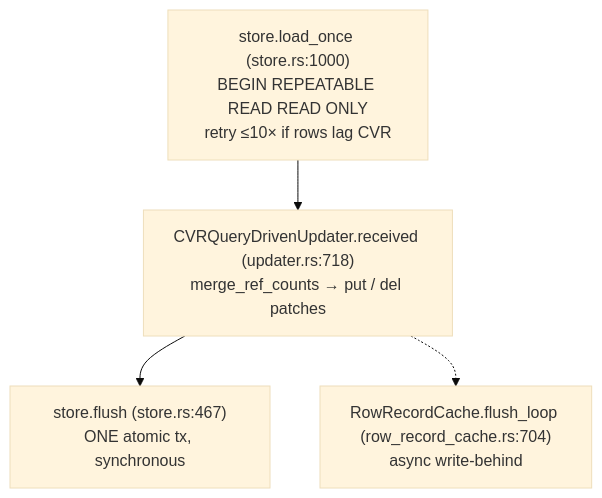
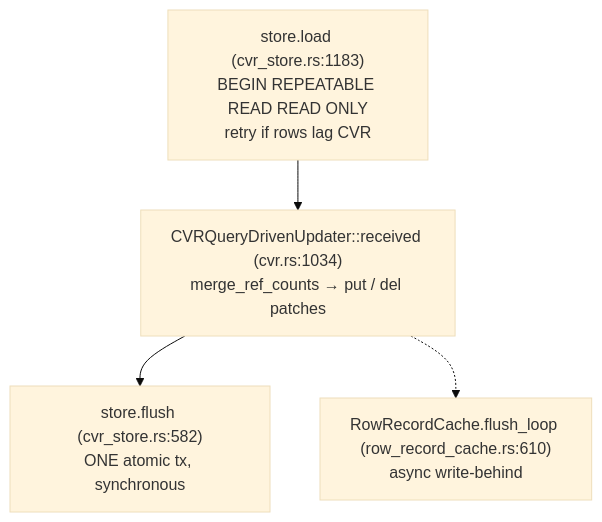
Before and after one commit to kartikparsoya-eng/mono-better: the tenth of 11 diagrams in RUST-SYNCER-ARCHITECTURE.md, drawn with Mermaid (base theme). The commit also changed other lines of this file and 9 other files, not shown here.

First line of the commit message:
docs(rust): authoritative syncer architecture guide + I-11, remove dead credit.rs

````diff
--- a/RUST-SYNCER-ARCHITECTURE.md
+++ b/RUST-SYNCER-ARCHITECTURE.md
@@ -423,9 +445,9 @@
 ```mermaid
 flowchart TB
-    L["store.load_once (store.rs:1000)<br/>BEGIN REPEATABLE READ READ ONLY<br/>retry ≤10× if rows lag CVR"]
-    U["CVRQueryDrivenUpdater.received (updater.rs:718)<br/>merge_ref_counts → put / del patches"]
-    F["store.flush (store.rs:467)<br/>ONE atomic tx, synchronous"]
-    RC["RowRecordCache.flush_loop (row_record_cache.rs:704)<br/>async write-behind"]
+    L["store.load (cvr_store.rs:1183)<br/>BEGIN REPEATABLE READ READ ONLY<br/>retry if rows lag CVR"]
+    U["CVRQueryDrivenUpdater::received (cvr.rs:1034)<br/>merge_ref_counts → put / del patches"]
+    F["store.flush (cvr_store.rs:582)<br/>ONE atomic tx, synchronous"]
+    RC["RowRecordCache.flush_loop (row_record_cache.rs:610)<br/>async write-behind"]
     L --> U --> F
     U -.-> RC
 ```
````
